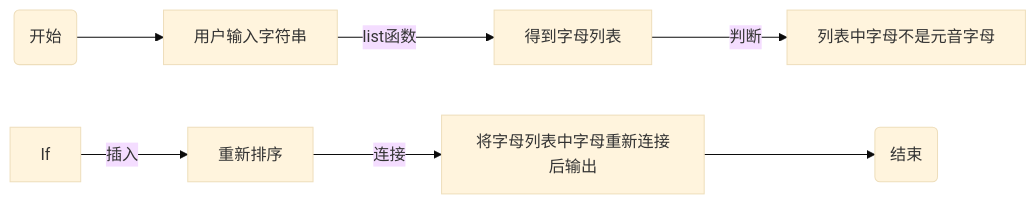
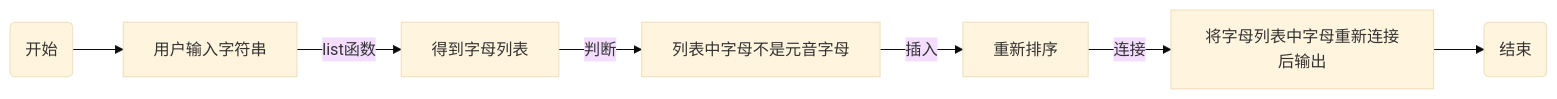
The diagram in experiment3.md (ijefie/gittt), drawn with Mermaid (base theme) before and after one commit.

````diff
--- a/experiment3.md
+++ b/experiment3.md
@@ -132,9 +132,9 @@
 ```mermaid
 flowchart  LR
 Start(开始) --> Scanf[用户输入字符串]
     Scanf --> |list函数|zhu[得到字母列表]
 zhu --> |判断|if[列表中字母不是元音字母]
-If --> |插入|ji[重新排序]
+if --> |插入|ji[重新排序]
     ji --> |连接|ou[将字母列表中字母重新连接后输出]
     ou --> End(结束)
 ```
````
